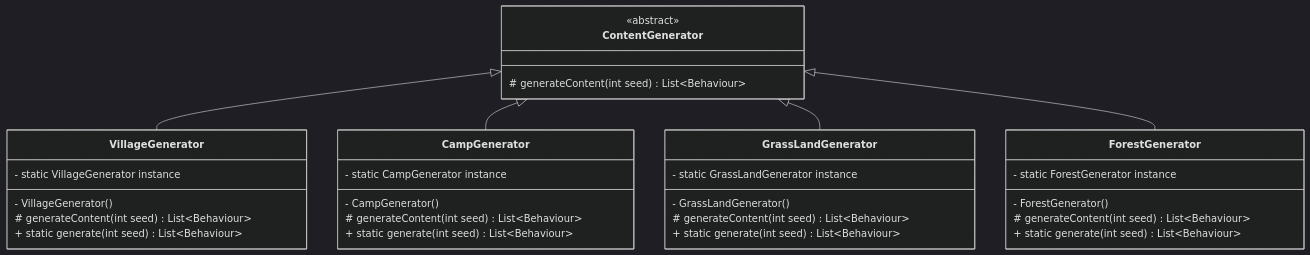
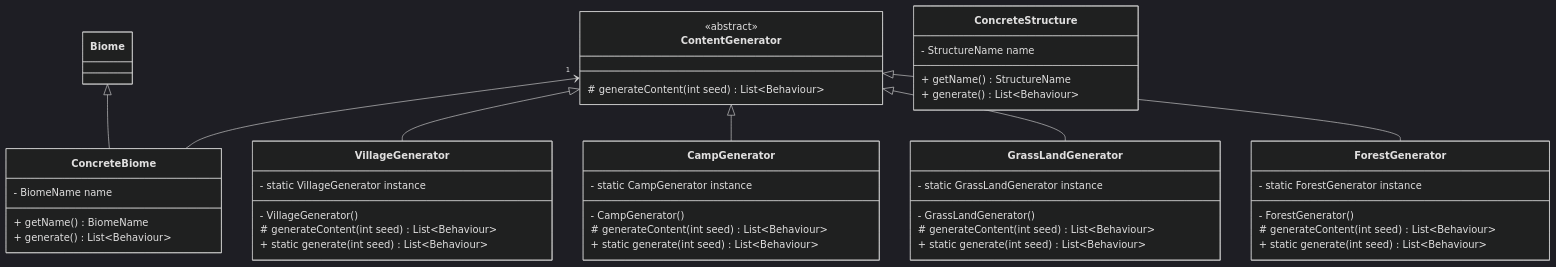
One commit to StrangeClone/GreatGame changed diagram 31 of 37 in documentation/Version_0_1.md. Above: the diagram before and after it, drawn with Mermaid (dark theme). The commit also changed other lines of this file and 16 other files, not shown here.

````diff
--- a/documentation/Version_0_1.md
+++ b/documentation/Version_0_1.md
@@ -1318,35 +1326,47 @@
 ```mermaid
 classDiagram
+    class ConcreteBiome {
+        - BiomeName name
+        + getName() BiomeName
+        + generate() List~Behaviour~
+    }
+    Biome <|-- ConcreteBiome
+    ContentGenerator "1" <-- ConcreteBiome
+    class ConcreteStructure {
+        - StructureName name
+        + getName() StructureName
+        + generate() List~Behaviour~
+    }
     class ContentGenerator {
         <<abstract>>
         # generateContent(int seed) List~Behaviour~
     }
     class VillageGenerator {
         - static VillageGenerator instance
         - VillageGenerator()
         # generateContent(int seed) List~Behaviour~
         + static generate(int seed) List~Behaviour~
     }
     ContentGenerator <|-- VillageGenerator
     class CampGenerator {
         - static CampGenerator instance
         - CampGenerator()
         # generateContent(int seed) List~Behaviour~
         + static generate(int seed) List~Behaviour~
     }
     ContentGenerator <|-- CampGenerator
     class GrassLandGenerator {
         - static GrassLandGenerator instance
         - GrassLandGenerator()
         # generateContent(int seed) List~Behaviour~
         + static generate(int seed) List~Behaviour~
     }
     ContentGenerator <|-- GrassLandGenerator
     class ForestGenerator {
         - static ForestGenerator instance
         - ForestGenerator()
         # generateContent(int seed) List~Behaviour~
         + static generate(int seed) List~Behaviour~
     }
     ContentGenerator <|-- ForestGenerator
 ```
````
